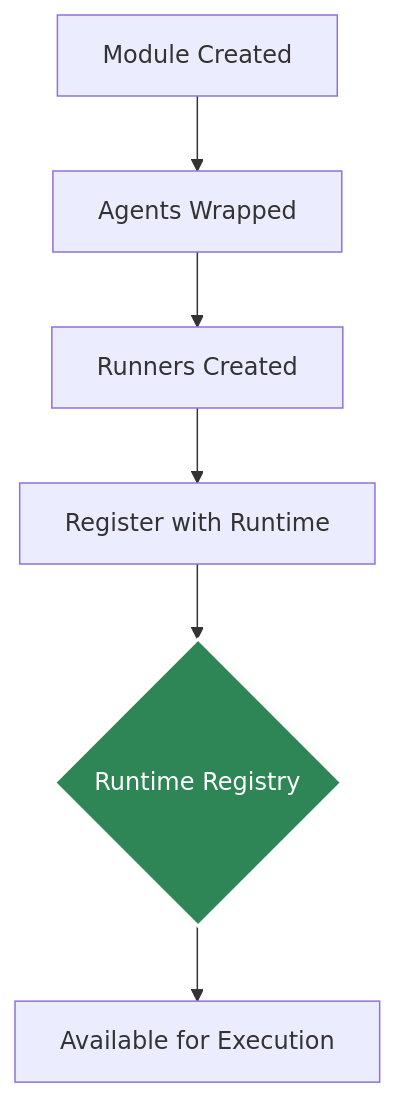
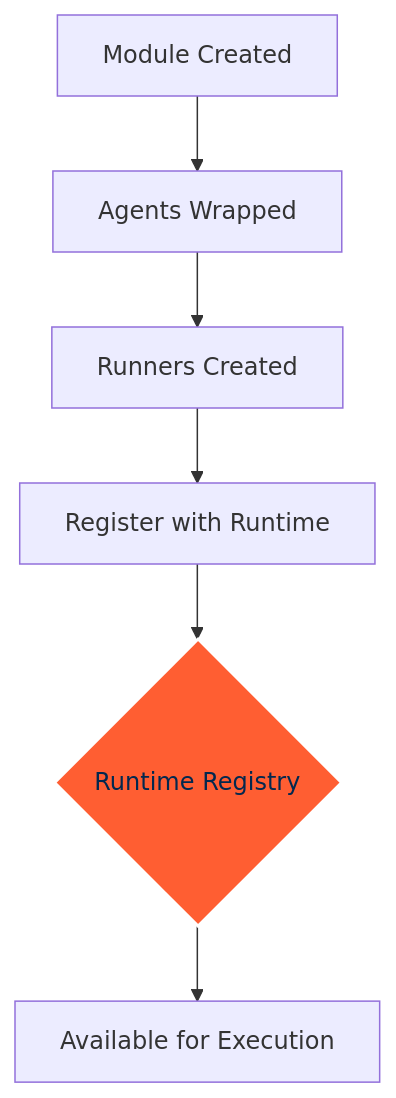
Before and after one commit to yaalalabs/agent-kernel: the third of 3 diagrams in docs/docs/core-concepts/agent.md, drawn with Mermaid. The commit also changed other lines of this file and 444 other files, not shown here.

````diff
--- a/docs/docs/core-concepts/agent.md
+++ b/docs/docs/core-concepts/agent.md
@@ -299,10 +299,10 @@
 ```mermaid
 graph TD
     A[Module Created] --> B[Agents Wrapped]
     B --> C[Runners Created]
     C --> D[Register with Runtime]
     D --> E{Runtime Registry}
     E --> F[Available for Execution]
     
-    style E fill:#2e8555,stroke:#fff,stroke-width:2px,color:#fff
+    style E fill:#FF5E32,stroke:#fff,stroke-width:2px,color:#02284F
 ```
````
